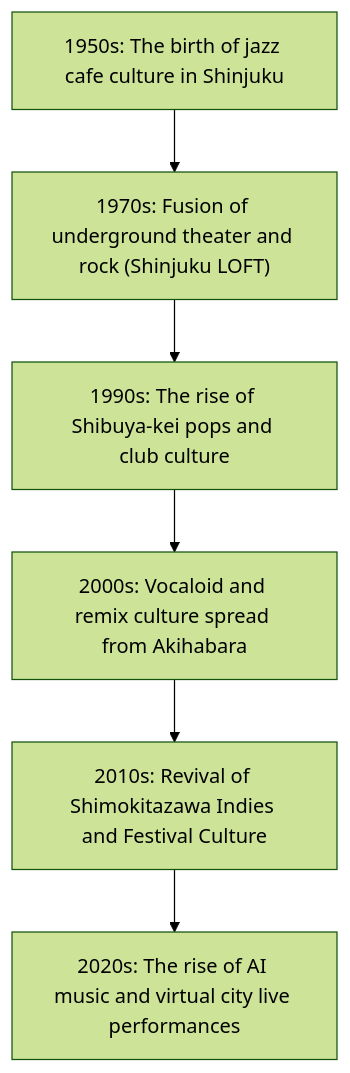
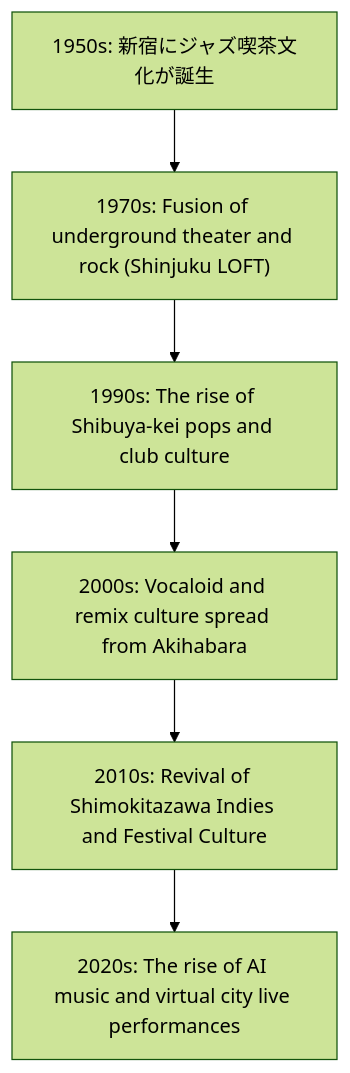
One commit to monumental-movement/monumental-movement.github.io changed the first of 2 diagrams in en/_posts/2025-10-23-column-tokyo-sound-layers.md. Above: the diagram before and after it, drawn with Mermaid (forest theme). The commit also changed other lines of this file and 443 other files, not shown here.

```diff
--- a/en/_posts/2025-10-23-column-tokyo-sound-layers.md
+++ b/en/_posts/2025-10-23-column-tokyo-sound-layers.md
@@ -128,19 +128,19 @@
 <div class="mermaid">
 
 flowchart TD
 
-    A1950["1950s: The birth of jazz cafe culture in Shinjuku"]
+    A1950["1950s: 新宿にジャズ喫茶文化が誕生"]
     A1970["1970s: Fusion of underground theater and rock (Shinjuku LOFT)"]
     A1990["1990s: The rise of Shibuya-kei pops and club culture"]
     A2000["2000s: Vocaloid and remix culture spread from Akihabara"]
     A2010["2010s: Revival of Shimokitazawa Indies and Festival Culture"]
     A2020["2020s: The rise of AI music and virtual city live performances"]
 
     A1950 --> A1970
     A1970 --> A1990
     A1990 --> A2000
     A2000 --> A2010
     A2010 --> A2020
 
 
 </div>
```
